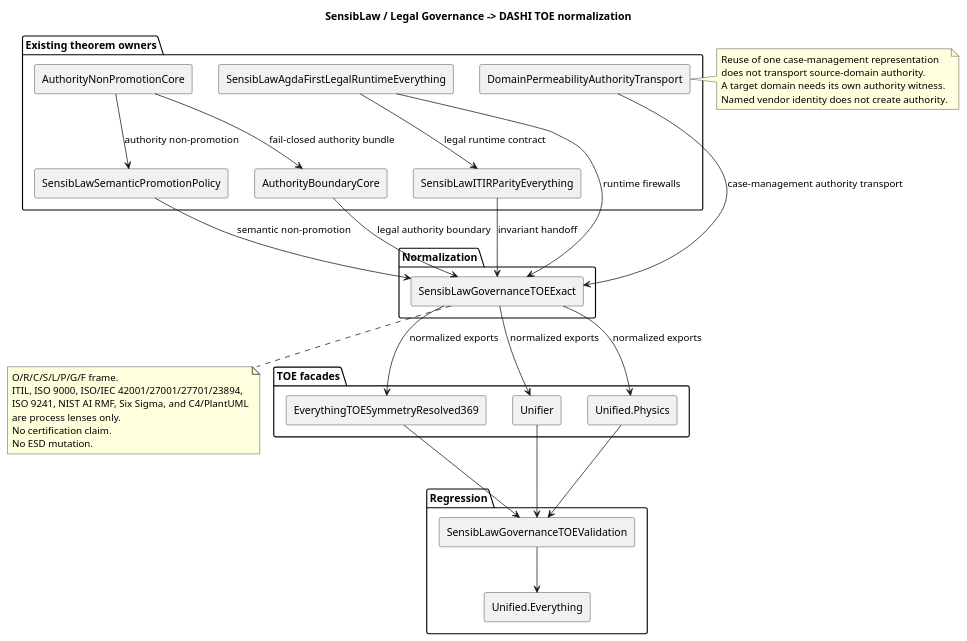
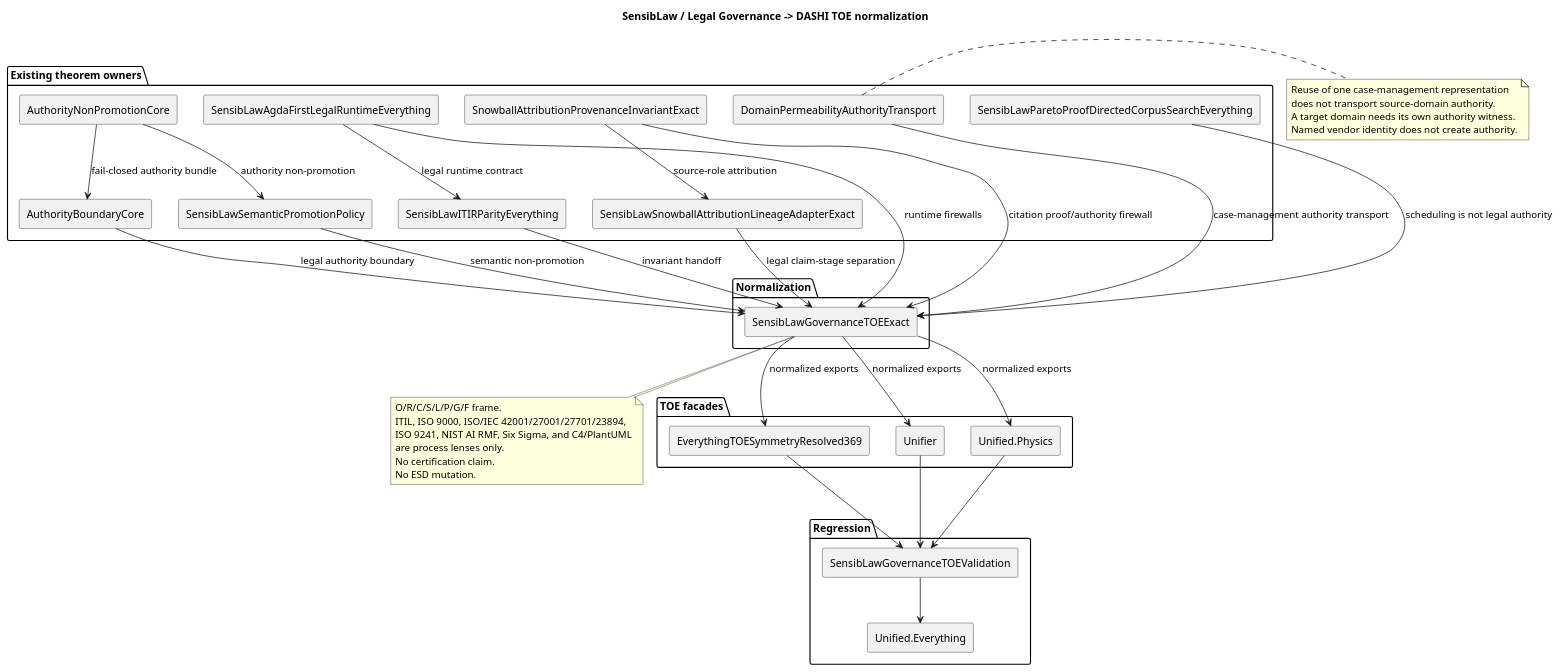
One commit to chboishabba/dashi_agda changed the diagram in Docs/diagrams/SensibLawGovernanceTOE.puml. Above: the diagram before and after it, drawn with PlantUML.

Commit message:
docs: show Pareto and snowball governance reuse

```diff
--- a/Docs/diagrams/SensibLawGovernanceTOE.puml
+++ b/Docs/diagrams/SensibLawGovernanceTOE.puml
@@ -1,63 +1,70 @@
 @startuml
 title SensibLaw / Legal Governance -> DASHI TOE normalization
 
 skinparam componentStyle rectangle
 
 package "Existing theorem owners" {
   [AuthorityNonPromotionCore] as Authority
   [AuthorityBoundaryCore] as Boundary
   [SensibLawSemanticPromotionPolicy] as Semantic
   [SensibLawAgdaFirstLegalRuntimeEverything] as Legal
   [SensibLawITIRParityEverything] as Parity
   [DomainPermeabilityAuthorityTransport] as Domain
+  [SnowballAttributionProvenanceInvariantExact] as Snowball
+  [SensibLawSnowballAttributionLineageAdapterExact] as SnowballLineage
+  [SensibLawParetoProofDirectedCorpusSearchEverything] as Pareto
 }
 
 package "Normalization" {
   [SensibLawGovernanceTOEExact] as GovTOE
 }
 
 package "TOE facades" {
   [EverythingTOESymmetryResolved369] as Root
   [Unifier] as Unifier
   [Unified.Physics] as Physics
 }
 
 package "Regression" {
   [SensibLawGovernanceTOEValidation] as Validation
   [Unified.Everything] as UnifiedEverything
 }
 
 Authority --> Boundary : fail-closed authority bundle
 Authority --> Semantic : authority non-promotion
 Legal --> Parity : legal runtime contract
 Semantic --> GovTOE : semantic non-promotion
 Boundary --> GovTOE : legal authority boundary
 Legal --> GovTOE : runtime firewalls
 Parity --> GovTOE : invariant handoff
 Domain --> GovTOE : case-management authority transport
+Snowball --> SnowballLineage : source-role attribution
+Snowball --> GovTOE : citation proof/authority firewall
+SnowballLineage --> GovTOE : legal claim-stage separation
+Pareto --> GovTOE : scheduling is not legal authority
 
 GovTOE --> Root : normalized exports
 GovTOE --> Unifier : normalized exports
 GovTOE --> Physics : normalized exports
 
 Root --> Validation
 Unifier --> Validation
 Physics --> Validation
 Validation --> UnifiedEverything
 
 note right of Domain
 Reuse of one case-management representation
 does not transport source-domain authority.
 A target domain needs its own authority witness.
 Named vendor identity does not create authority.
 end note
 
 note bottom of GovTOE
 O/R/C/S/L/P/G/F frame.
 ITIL, ISO 9000, ISO/IEC 42001/27001/27701/23894,
 ISO 9241, NIST AI RMF, Six Sigma, and C4/PlantUML
 are process lenses only.
 No certification claim.
 No ESD mutation.
 end note
 @enduml
```
